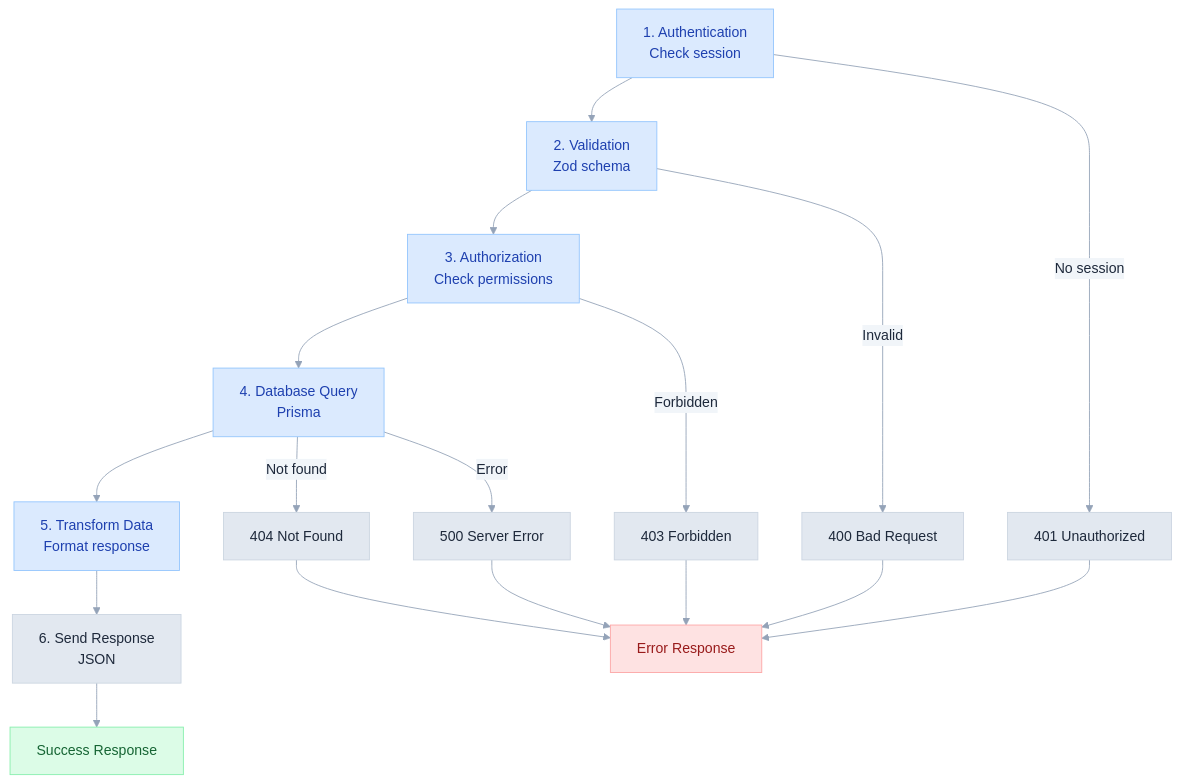
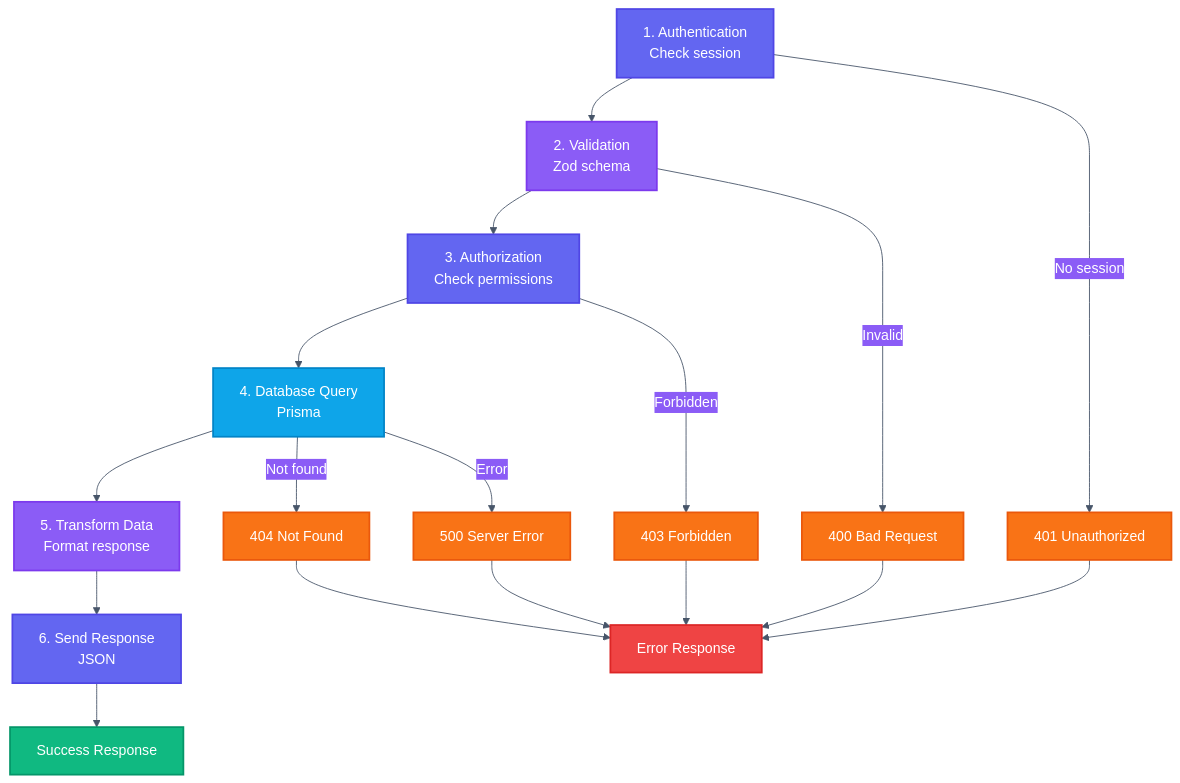
Before and after one commit to 3DHDSoft/devmultiplier-academy: the diagram in doc/api-implementation-guide.md, drawn with Mermaid. The commit also changed other lines of this file and 17 other files, not shown here.

````diff
--- a/doc/api-implementation-guide.md
+++ b/doc/api-implementation-guide.md
@@ -9,40 +9,46 @@
 ```mermaid
 %%{init: {'theme': 'base', 'themeVariables': {
-  'primaryColor': '#e2e8f0',
-  'primaryTextColor': '#1e293b',
-  'primaryBorderColor': '#cbd5e1',
-  'lineColor': '#94a3b8',
-  'secondaryColor': '#f1f5f9',
-  'tertiaryColor': '#f8fafc',
+  'primaryColor': '#6366f1',
+  'primaryTextColor': '#ffffff',
+  'primaryBorderColor': '#4f46e5',
+  'lineColor': '#475569',
+  'secondaryColor': '#8b5cf6',
+  'tertiaryColor': '#06b6d4',
   'background': '#ffffff',
-  'textColor': '#334155',
+  'textColor': '#1e293b',
   'fontFamily': 'system-ui, -apple-system, sans-serif'
 }}}%%
 flowchart TD
     A["1. Authentication<br/>Check session"] --> B["2. Validation<br/>Zod schema"]
     B --> C["3. Authorization<br/>Check permissions"]
     C --> D["4. Database Query<br/>Prisma"]
     D --> E["5. Transform Data<br/>Format response"]
     E --> F["6. Send Response<br/>JSON"]
 
     A -->|No session| Err1["401 Unauthorized"]
     C -->|Forbidden| Err2["403 Forbidden"]
     B -->|Invalid| Err3["400 Bad Request"]
     D -->|Not found| Err4["404 Not Found"]
     D -->|Error| Err5["500 Server Error"]
 
     Err1 --> ErrorResp["Error Response"]
     Err2 --> ErrorResp
     Err3 --> ErrorResp
     Err4 --> ErrorResp
     Err5 --> ErrorResp
     F --> Success["Success Response"]
 
-    style A fill:#dbeafe,stroke:#93c5fd,color:#1e40af
-    style B fill:#dbeafe,stroke:#93c5fd,color:#1e40af
-    style C fill:#dbeafe,stroke:#93c5fd,color:#1e40af
-    style D fill:#dbeafe,stroke:#93c5fd,color:#1e40af
-    style E fill:#dbeafe,stroke:#93c5fd,color:#1e40af
-    style Success fill:#dcfce7,stroke:#86efac,color:#166534
-    style ErrorResp fill:#fee2e2,stroke:#fca5a5,color:#991b1b
+    style A fill:#6366f1,stroke:#4f46e5,color:#ffffff,stroke-width:2px
+    style B fill:#8b5cf6,stroke:#7c3aed,color:#ffffff,stroke-width:2px
+    style C fill:#6366f1,stroke:#4f46e5,color:#ffffff,stroke-width:2px
+    style D fill:#0ea5e9,stroke:#0284c7,color:#ffffff,stroke-width:2px
+    style E fill:#8b5cf6,stroke:#7c3aed,color:#ffffff,stroke-width:2px
+    style F fill:#6366f1,stroke:#4f46e5,color:#ffffff,stroke-width:2px
+    style Err1 fill:#f97316,stroke:#ea580c,color:#ffffff,stroke-width:2px
+    style Err2 fill:#f97316,stroke:#ea580c,color:#ffffff,stroke-width:2px
+    style Err3 fill:#f97316,stroke:#ea580c,color:#ffffff,stroke-width:2px
+    style Err4 fill:#f97316,stroke:#ea580c,color:#ffffff,stroke-width:2px
+    style Err5 fill:#f97316,stroke:#ea580c,color:#ffffff,stroke-width:2px
+    style Success fill:#10b981,stroke:#059669,color:#ffffff,stroke-width:2px
+    style ErrorResp fill:#ef4444,stroke:#dc2626,color:#ffffff,stroke-width:2px
 ```
````
